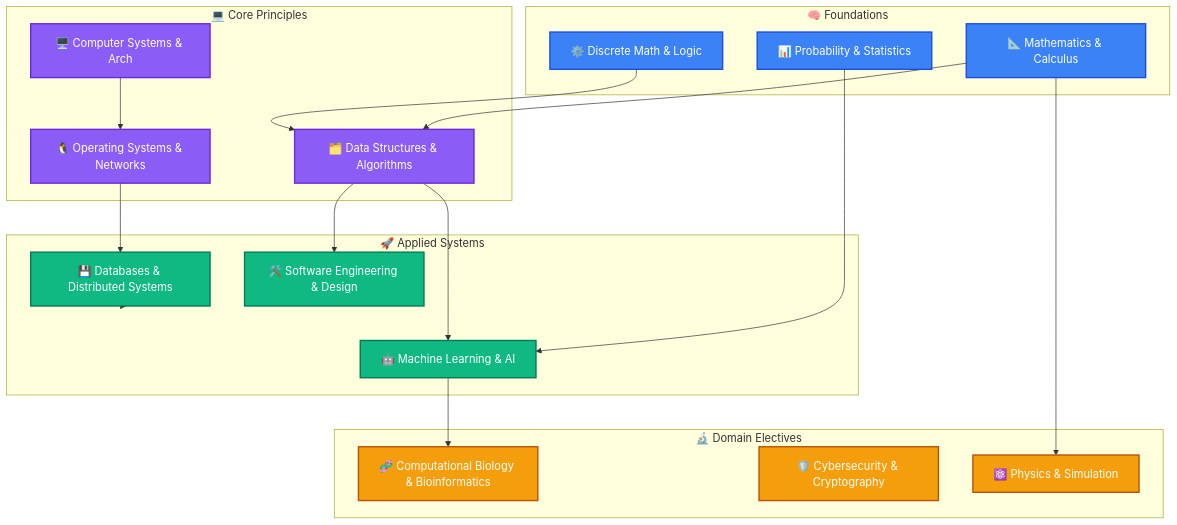
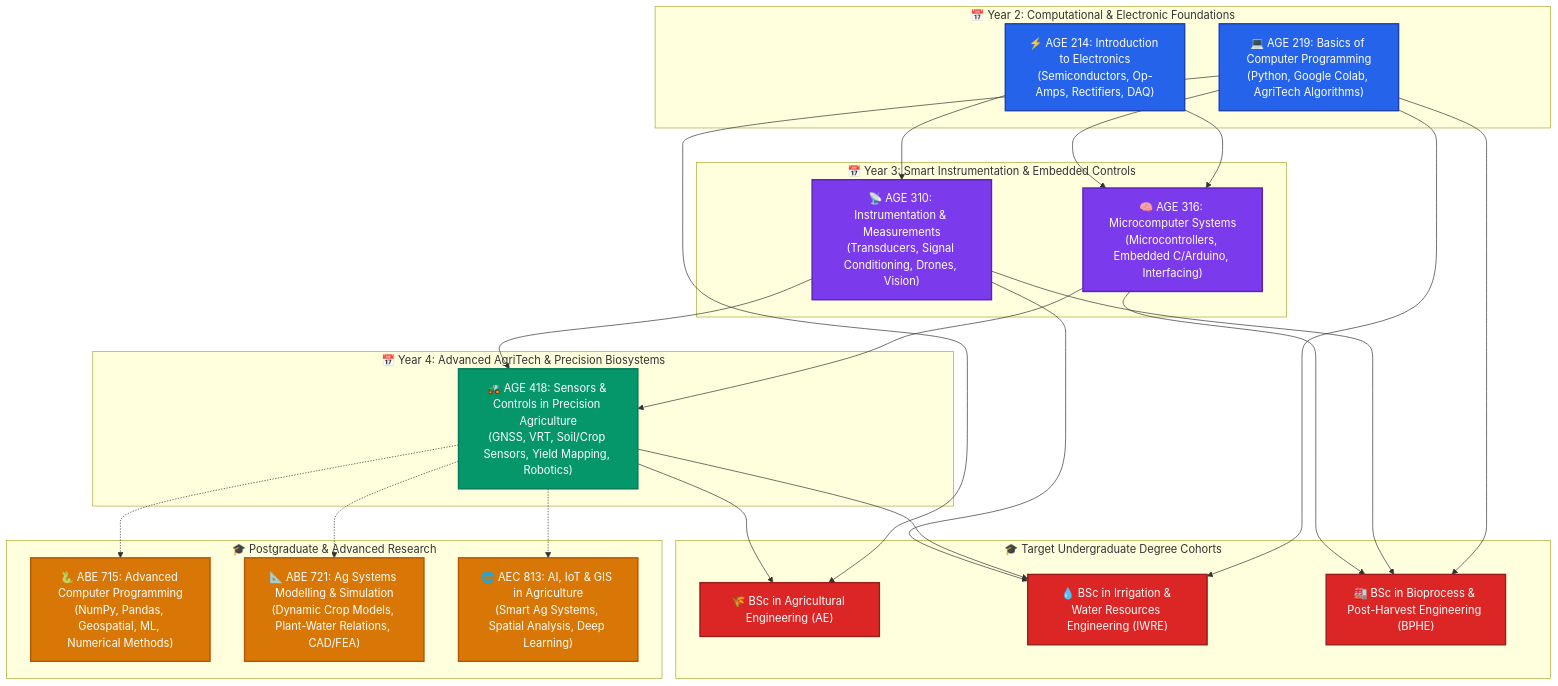
One commit to kadefue/Course_Notes changed the first of 4 diagrams in README.md. Above: the diagram before and after it, drawn with Mermaid. The commit also changed other lines of this file and 8 other files, not shown here.

````diff
--- a/README.md
+++ b/README.md
@@ -11,42 +28,53 @@
 ```mermaid
-graph TD
-    classDef foundation fill:#3b82f6,stroke:#1d4ed8,stroke-width:2px,color:#fff;
-    classDef core fill:#8b5cf6,stroke:#6d28d9,stroke-width:2px,color:#fff;
-    classDef applied fill:#10b981,stroke:#047857,stroke-width:2px,color:#fff;
-    classDef domain fill:#f59e0b,stroke:#b45309,stroke-width:2px,color:#fff;
+flowchart TD
+    classDef foundation fill:#2563eb,stroke:#1e40af,stroke-width:2px,color:#fff;
+    classDef hardware fill:#7c3aed,stroke:#5b21b6,stroke-width:2px,color:#fff;
+    classDef systems fill:#059669,stroke:#047857,stroke-width:2px,color:#fff;
+    classDef advanced fill:#d97706,stroke:#b45309,stroke-width:2px,color:#fff;
+    classDef degrees fill:#dc2626,stroke:#991b1b,stroke-width:2px,color:#fff;
 
-    subgraph Foundations ["🧠 Foundations"]
-        MATH["📐 Mathematics & Calculus"]:::foundation
-        STATS["📊 Probability & Statistics"]:::foundation
-        LOGIC["⚙️ Discrete Math & Logic"]:::foundation
+    subgraph Y2 ["📅 Year 2: Computational & Electronic Foundations"]
+        AGE214["⚡ AGE 214: Introduction to Electronics\n(Semiconductors, Op-Amps, Rectifiers, DAQ)"]:::foundation
+        AGE219["💻 AGE 219: Basics of Computer Programming\n(Python, Google Colab, AgriTech Algorithms)"]:::foundation
     end
 
-    subgraph Core ["💻 Core Principles"]
-        DSA["🗂️ Data Structures & Algorithms"]:::core
-        SYS["🖥️ Computer Systems & Arch"]:::core
-        OS["🐧 Operating Systems & Networks"]:::core
+    subgraph Y3 ["📅 Year 3: Smart Instrumentation & Embedded Controls"]
+        AGE310["📡 AGE 310: Instrumentation & Measurements\n(Transducers, Signal Conditioning, Drones, Vision)"]:::hardware
+        AGE316["🧠 AGE 316: Microcomputer Systems\n(Microcontrollers, Embedded C/Arduino, Interfacing)"]:::hardware
     end
 
-    subgraph Applied ["🚀 Applied Systems"]
-        ML["🤖 Machine Learning & AI"]:::applied
-        DB["💾 Databases & Distributed Systems"]:::applied
-        SWE["🛠️ Software Engineering & Design"]:::applied
+    subgraph Y4 ["📅 Year 4: Advanced AgriTech & Precision Biosystems"]
+        AGE418["🚜 AGE 418: Sensors & Controls in Precision Agriculture\n(GNSS, VRT, Soil/Crop Sensors, Yield Mapping, Robotics)"]:::systems
     end
 
-    subgraph Domains ["🔬 Domain Electives"]
-        BIO["🧬 Computational Biology & Bioinformatics"]:::domain
-        SEC["🛡️ Cybersecurity & Cryptography"]:::domain
-        PHYS["⚛️ Physics & Simulation"]:::domain
+    subgraph PG ["🎓 Postgraduate & Advanced Research"]
+        ABE715["🐍 ABE 715: Advanced Computer Programming\n(NumPy, Pandas, Geospatial, ML, Numerical Methods)"]:::advanced
+        ABE721["📐 ABE 721: Ag Systems Modelling & Simulation\n(Dynamic Crop Models, Plant-Water Relations, CAD/FEA)"]:::advanced
+        AEC813["🌐 AEC 813: AI, IoT & GIS in Agriculture\n(Smart Ag Systems, Spatial Analysis, Deep Learning)"]:::advanced
     end
 
-    MATH --> DSA
-    STATS --> ML
-    LOGIC --> DSA
-    DSA --> SWE
-    SYS --> OS
-    OS --> DB
-    DSA --> ML
-    MATH --> PHYS
-    DB --> Applied
-    ML --> BIO
+    subgraph TargetDegrees ["🎓 Target Undergraduate Degree Cohorts"]
+        DEG_AE["🌾 BSc in Agricultural Engineering (AE)"]:::degrees
+        DEG_IWRE["💧 BSc in Irrigation & Water Resources Engineering (IWRE)"]:::degrees
+        DEG_BPHE["🏭 BSc in Bioprocess & Post-Harvest Engineering (BPHE)"]:::degrees
+    end
+
+    AGE214 --> AGE310
+    AGE219 --> AGE316
+    AGE214 --> AGE316
+    AGE310 --> AGE418
+    AGE316 --> AGE418
+
+    AGE418 --> DEG_AE
+    AGE310 --> DEG_IWRE
+    AGE418 --> DEG_IWRE
+    AGE316 --> DEG_BPHE
+    AGE310 --> DEG_BPHE
+    AGE219 --> DEG_AE
+    AGE219 --> DEG_IWRE
+    AGE219 --> DEG_BPHE
+
+    AGE418 -.-> ABE715
+    AGE418 -.-> ABE721
+    AGE418 -.-> AEC813
 ```
````
